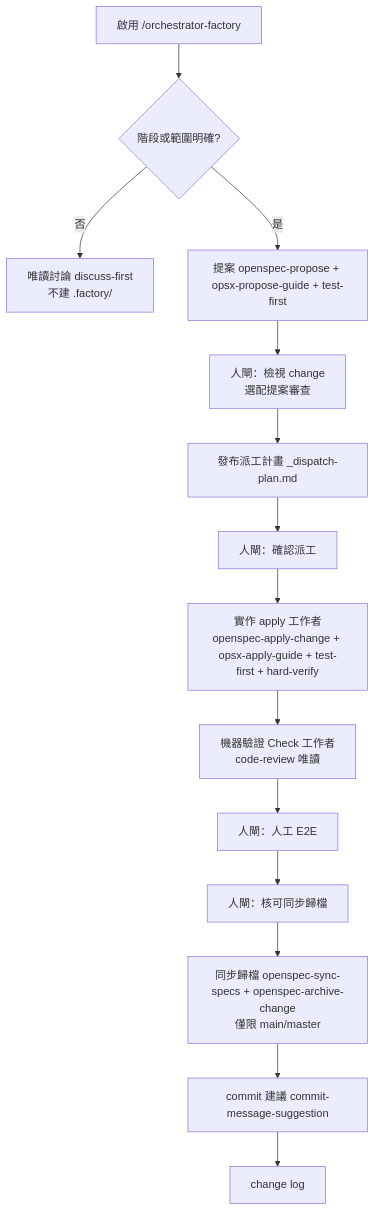
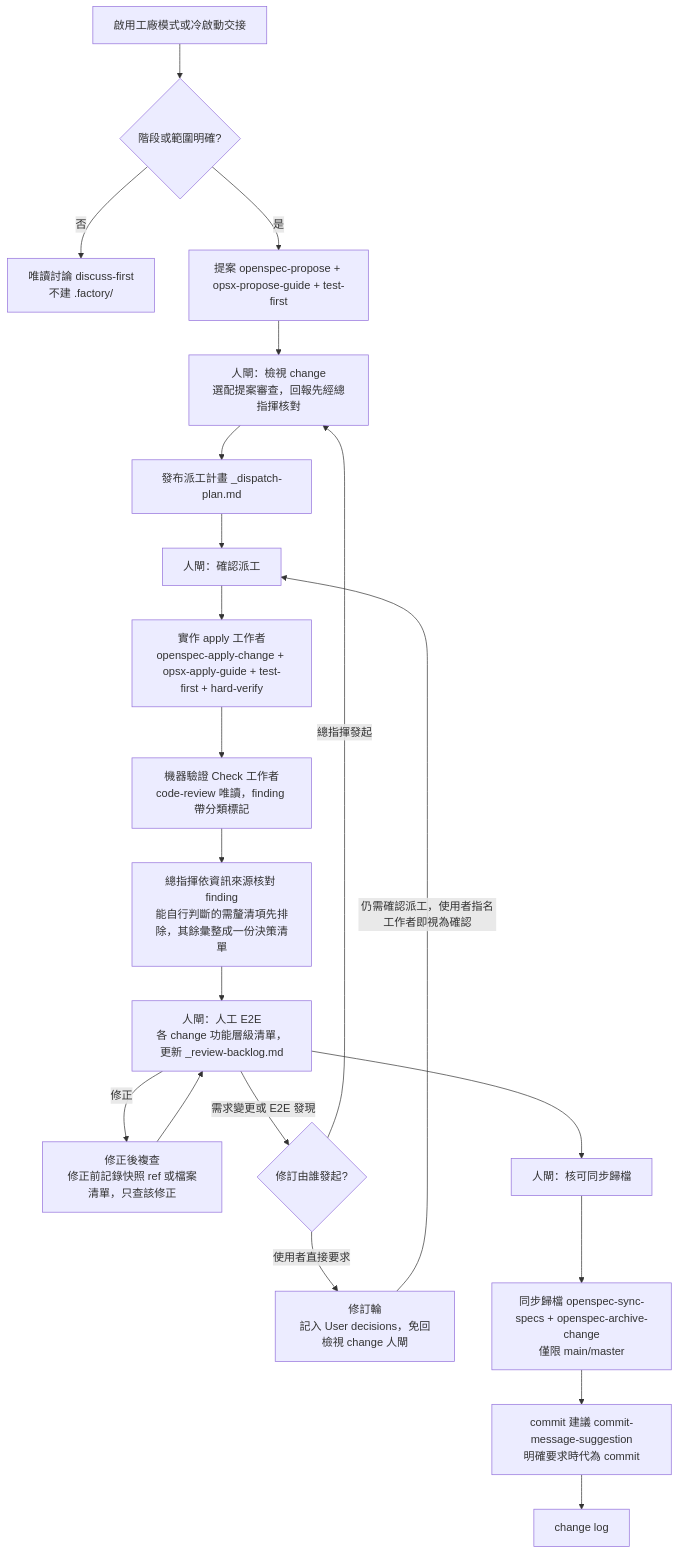
Before and after one commit to nekojuice/.agents: the first of 2 diagrams in orchestrator-factory-readme.md, drawn with Mermaid. The commit also changed other lines of this file and 46 other files, not shown here.

````diff
--- a/orchestrator-factory-readme.md
+++ b/orchestrator-factory-readme.md
@@ -61,16 +79,23 @@
 ```mermaid
 flowchart TD
-  A[啟用 /orchestrator-factory] --> B{階段或範圍明確?}
+  A[啟用工廠模式或冷啟動交接] --> B{階段或範圍明確?}
   B -- 否 --> D[唯讀討論 discuss-first<br/>不建 .factory/]
   B -- 是 --> P[提案 openspec-propose + opsx-propose-guide + test-first]
-  P --> G1[人閘：檢視 change<br/>選配提案審查]
+  P --> G1[人閘：檢視 change<br/>選配提案審查，回報先經總指揮核對]
   G1 --> DP[發布派工計畫 _dispatch-plan.md]
   DP --> G2[人閘：確認派工]
   G2 --> AP[實作 apply 工作者<br/>openspec-apply-change + opsx-apply-guide + test-first + hard-verify]
-  AP --> CK[機器驗證 Check 工作者<br/>code-review 唯讀]
-  CK --> G3[人閘：人工 E2E]
+  AP --> CK[機器驗證 Check 工作者<br/>code-review 唯讀，finding 帶分類標記]
+  CK --> VC[總指揮依資訊來源核對 finding<br/>能自行判斷的需釐清項先排除，其餘彙整成一份決策清單]
+  VC --> G3[人閘：人工 E2E<br/>各 change 功能層級清單，更新 _review-backlog.md]
+  G3 -- 修正 --> RC[修正後複查<br/>修正前記錄快照 ref 或檔案清單，只查該修正]
+  RC --> G3
+  G3 -- 需求變更或 E2E 發現 --> AR{修訂由誰發起?}
+  AR -- 使用者直接要求 --> AU[修訂輪<br/>記入 User decisions，免回檢視 change 人閘]
+  AU -- 仍需確認派工，使用者指名工作者即視為確認 --> G2
+  AR -- 總指揮發起 --> G1
   G3 --> G4[人閘：核可同步歸檔]
   G4 --> SY[同步歸檔 openspec-sync-specs + openspec-archive-change<br/>僅限 main/master]
-  SY --> CM[commit 建議 commit-message-suggestion]
+  SY --> CM[commit 建議 commit-message-suggestion<br/>明確要求時代為 commit]
   CM --> CL[change log]
 ```
````
